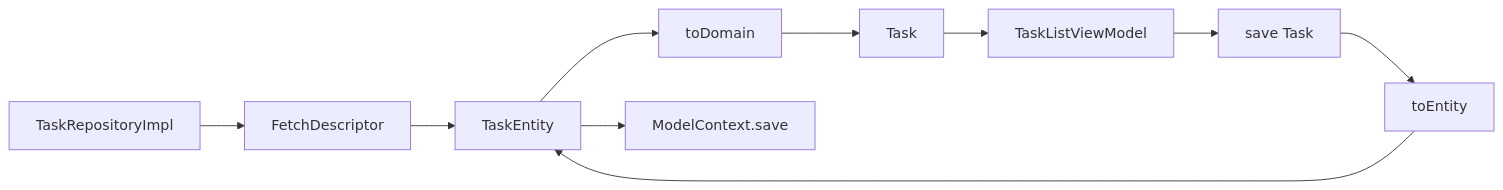
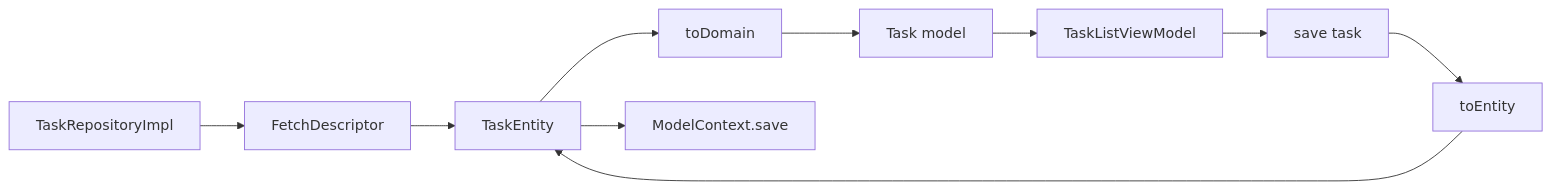
One commit to nguyenquanghuy22041990/FocusUp changed the diagram in docs/interview-guide/design-patterns/adapter-mapper.md. Above: the diagram before and after it, drawn with Mermaid. The commit also changed 30 other files, not shown here.

````diff
--- a/docs/interview-guide/design-patterns/adapter-mapper.md
+++ b/docs/interview-guide/design-patterns/adapter-mapper.md
@@ -71,14 +71,14 @@
 ```mermaid
 flowchart LR
     Repo[TaskRepositoryImpl]
     Repo --> Read[FetchDescriptor]
     Read --> Entity[TaskEntity]
     Entity --> MapD[toDomain]
-    MapD --> Task[Task]
-    Task --> VM[TaskListViewModel]
+    MapD --> DomainTask["Task model"]
+    DomainTask --> VM[TaskListViewModel]
 
-    VM --> Save[save Task]
+    VM --> Save["save task"]
     Save --> MapE[toEntity]
     MapE --> Entity
     Entity --> Ctx[ModelContext.save]
 ```
````
